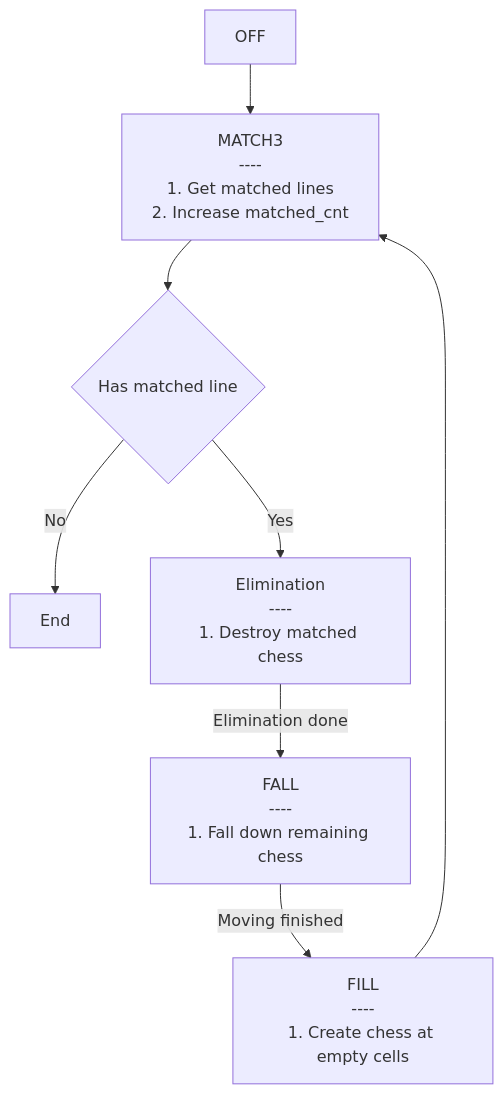
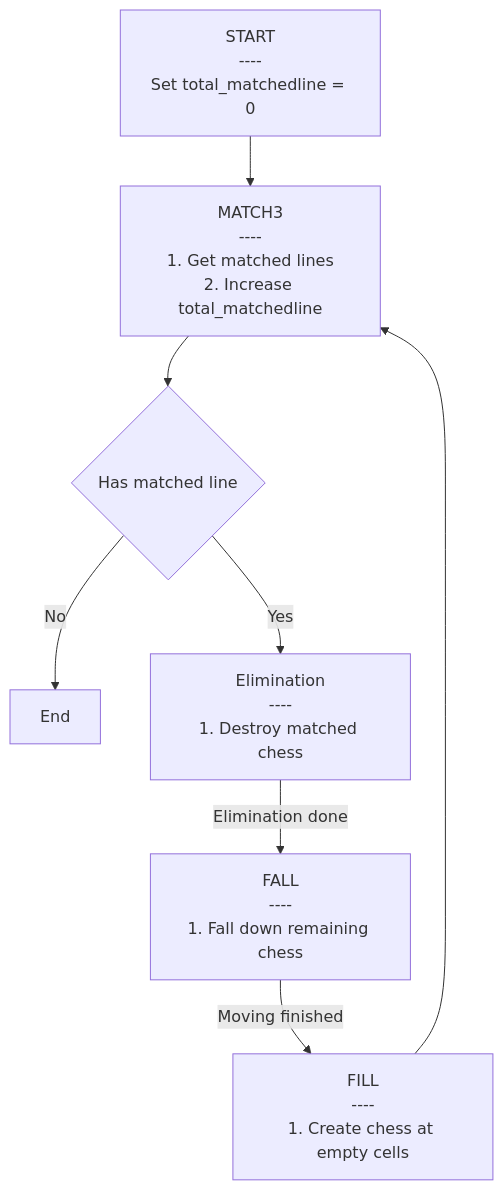
The second of 2 diagrams in plugins.md/app.bejeweled.md (rexrainbow/C2RexDoc), drawn with Mermaid before and after one commit. The commit also changed 1 other file, not shown here.

````diff
--- a/plugins.md/app.bejeweled.md
+++ b/plugins.md/app.bejeweled.md
@@ -55,11 +55,11 @@
 ```mermaid
 graph TB
 
-OFF --> MATCH3["MATCH3<br>----<br>1. Get matched lines<br>2. Increase matched_cnt"]
+START["START<br>----<br>Set total_matchedline = 0"] --> MATCH3["MATCH3<br>----<br>1. Get matched lines<br>2. Increase total_matchedline"]
 MATCH3 --> HasMatched{Has matched line}
 HasMatched --> |No| End
 HasMatched --> |Yes| Elimination["Elimination<br>----<br>1. Destroy matched chess"]
 Elimination --> |Elimination done| FALL["FALL<br>----<br>1. Fall down remaining chess"]
 FALL --> |Moving finished| FILL["FILL<br>----<br>1. Create chess at empty cells"]
 FILL --> MATCH3
 ```
````
